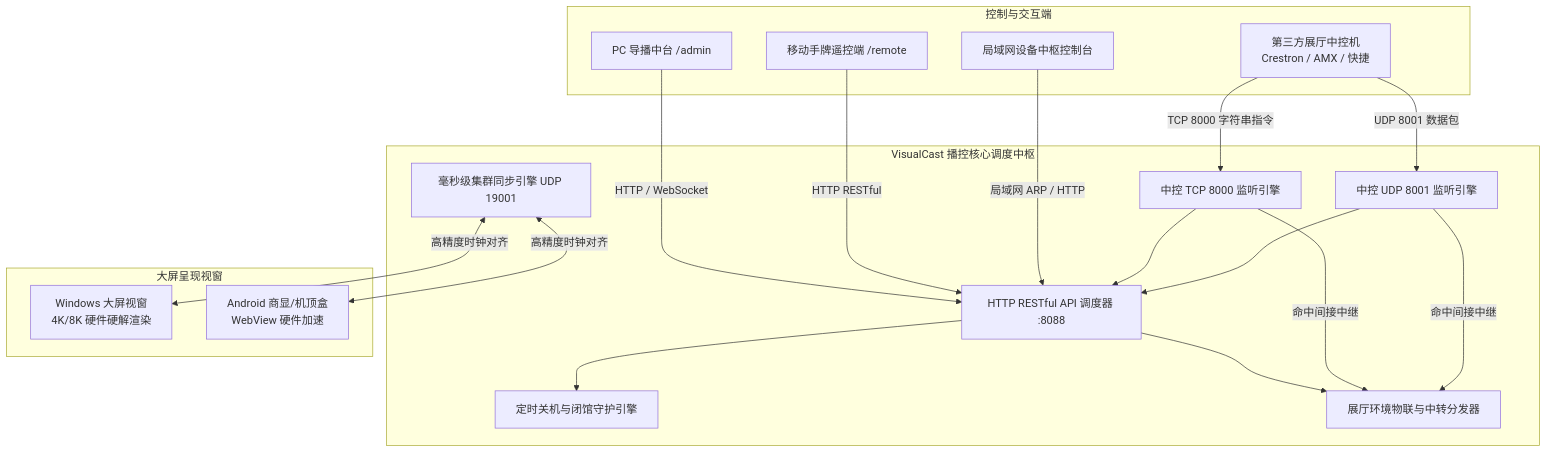
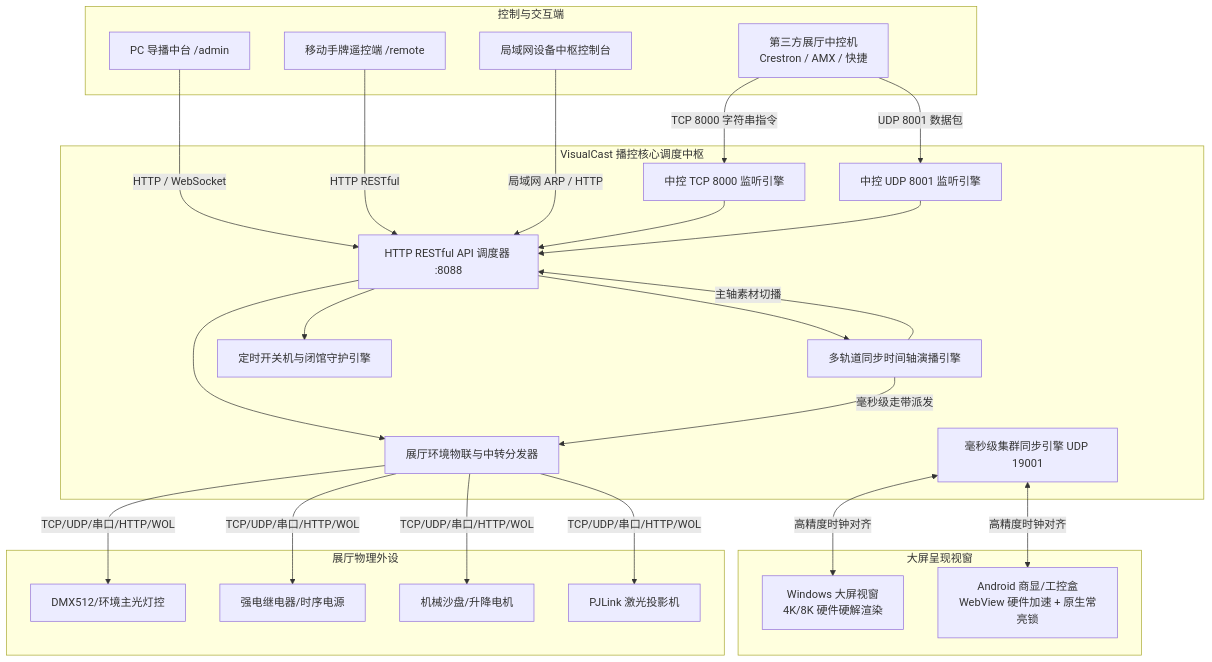
Before and after one commit to qiwenkai209-dot/bk: the first of 3 diagrams in 软件说明.md, drawn with Mermaid. The commit also changed other lines of this file, not shown here.

````diff
--- a/软件说明.md
+++ b/软件说明.md
@@ -41,38 +49,53 @@
 ```mermaid
 graph TD
     subgraph 控制与交互端
         PC[PC 导播中台 /admin]
         PAD[移动手牌遥控端 /remote]
         CC[第三方展厅中控机<br>Crestron / AMX / 快捷]
         HUB[局域网设备中枢控制台]
     end
 
     subgraph VisualCast 播控核心调度中枢
         API[HTTP RESTful API 调度器 :8088]
         TCP_S[中控 TCP 8000 监听引擎]
         UDP_S[中控 UDP 8001 监听引擎]
+        TLS[多轨道同步时间轴演播引擎]
+        SCHED[定时开关机与闭馆守护引擎]
+        IOT[展厅环境物联与中转分发器]
         SYNC[毫秒级集群同步引擎 UDP 19001]
-        SCHED[定时关机与闭馆守护引擎]
-        IOT[展厅环境物联与中转分发器]
     end
 
     subgraph 大屏呈现视窗
         WIN_SCR[Windows 大屏视窗<br>4K/8K 硬件硬解渲染]
-        AND_SCR[Android 商显/机顶盒<br>WebView 硬件加速]
+        AND_SCR[Android 商显/工控盒<br>WebView 硬件加速 + 原生常亮锁]
+    end
+
+    subgraph 展厅物理外设
+        DEV_LIGHT[DMX512/环境主光灯控]
+        DEV_RELAY[强电继电器/时序电源]
+        DEV_MECH[机械沙盘/升降电机]
+        DEV_PROJ[PJLink 激光投影机]
     end
 
     PC -->|HTTP / WebSocket| API
     PAD -->|HTTP RESTful| API
     CC -->|TCP 8000 字符串指令| TCP_S
     CC -->|UDP 8001 数据包| UDP_S
     HUB -->|局域网 ARP / HTTP| API
 
+    API --> TLS
     API --> SCHED
     API --> IOT
     TCP_S --> API
     UDP_S --> API
-    TCP_S -->|命中间接中继| IOT
-    UDP_S -->|命中间接中继| IOT
+
+    TLS -->|毫秒级走带派发| IOT
+    TLS -->|主轴素材切播| API
+    IOT -->|TCP/UDP/串口/HTTP/WOL| DEV_LIGHT
+    IOT -->|TCP/UDP/串口/HTTP/WOL| DEV_RELAY
+    IOT -->|TCP/UDP/串口/HTTP/WOL| DEV_MECH
+    IOT -->|TCP/UDP/串口/HTTP/WOL| DEV_PROJ
+
     SYNC <-->|高精度时钟对齐| WIN_SCR
     SYNC <-->|高精度时钟对齐| AND_SCR
 ```
````
